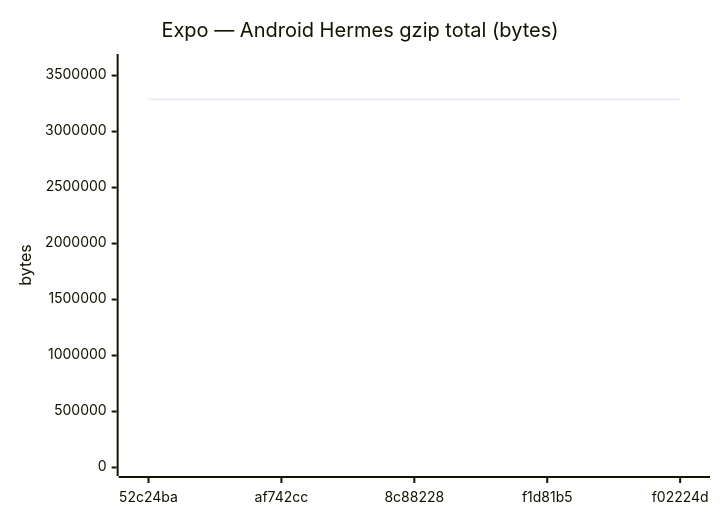
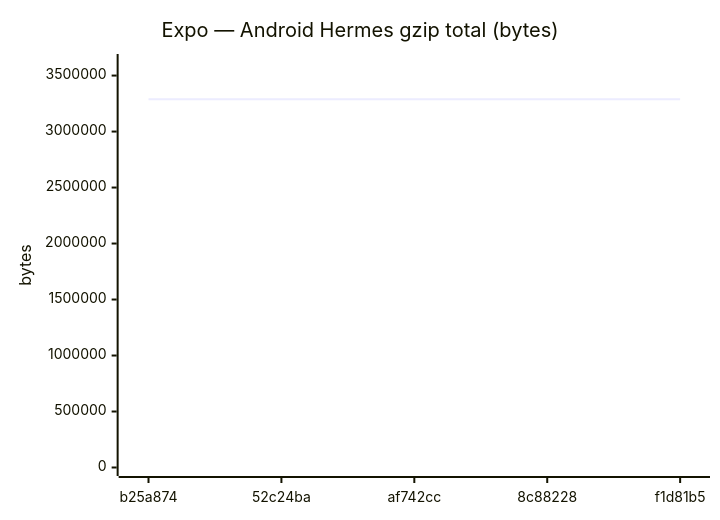
Before and after one commit to Metaheurist/Rianell: diagram 11 of 18 in benchmarks/compare.md, drawn with Mermaid. The commit also changed other lines of this file and 11 other files, not shown here.

````diff
--- a/benchmarks/compare.md
+++ b/benchmarks/compare.md
@@ -172,7 +172,7 @@
 ```mermaid
 xychart-beta
     title "Expo — Android Hermes gzip total (bytes)"
-    x-axis ["52c24ba", "af742cc", "8c88228", "f1d81b5", "f02224d"]
+    x-axis ["b25a874", "52c24ba", "af742cc", "8c88228", "f1d81b5"]
     y-axis "bytes" 0 --> 3616656
-    line [3287423, 3287424, 3287869, 3287424, 3287426]
+    line [3287424, 3287423, 3287424, 3287869, 3287424]
 ```
````
